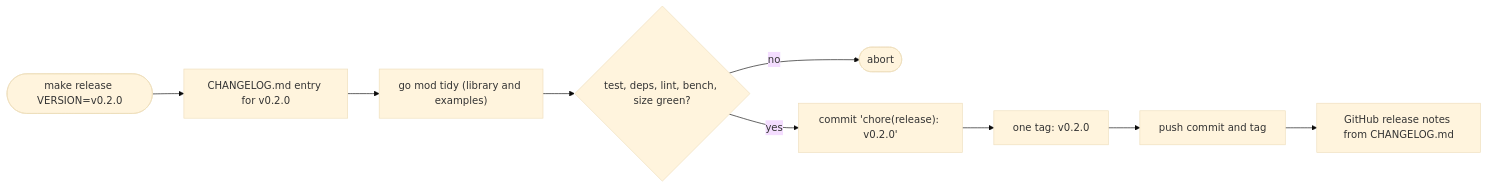
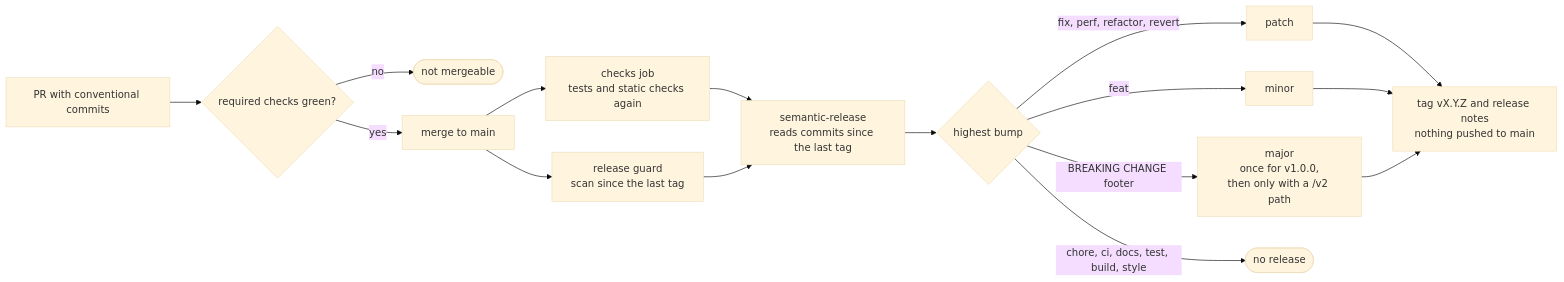
One commit to christiangda/powertools-lambda-go-plan changed the second of 2 diagrams in 06-testing-and-ci.md. Above: the diagram before and after it, drawn with Mermaid (base theme). The commit also changed other lines of this file and 11 other files, not shown here.

````diff
--- a/06-testing-and-ci.md
+++ b/06-testing-and-ci.md
@@ -123,11 +423,15 @@
 ```mermaid
 flowchart LR
-  start(["make release VERSION=v0.2.0"]) --> cl["CHANGELOG.md entry for v0.2.0"]
-  cl --> tidy["go mod tidy (library and examples)"]
-  tidy --> ci{test, deps, lint, bench, size green?}
-  ci -- no --> stop([abort])
-  ci -- yes --> commit["commit 'chore(release): v0.2.0'"]
-  commit --> tag["one tag: v0.2.0"]
-  tag --> push["push commit and tag"]
-  push --> notes["GitHub release notes from CHANGELOG.md"]
+  pr["PR with conventional commits"] --> req{"required checks green?"}
+  req -- no --> blocked(["not mergeable"])
+  req -- yes --> merge["merge to main"]
+  merge --> checks["checks job<br/>tests and static checks again"]
+  merge --> rg["release guard<br/>scan since the last tag"]
+  checks & rg --> sr["semantic-release<br/>reads commits since the last tag"]
+  sr --> kind{"highest bump"}
+  kind -- "fix, perf, refactor, revert" --> patch["patch"]
+  kind -- feat --> minor["minor"]
+  kind -- "BREAKING CHANGE footer" --> major["major<br/>once for v1.0.0,<br/>then only with a /v2 path"]
+  kind -- "chore, ci, docs, test, build, style" --> none(["no release"])
+  patch & minor & major --> tag["tag vX.Y.Z and release notes<br/>nothing pushed to main"]
 ```
````
